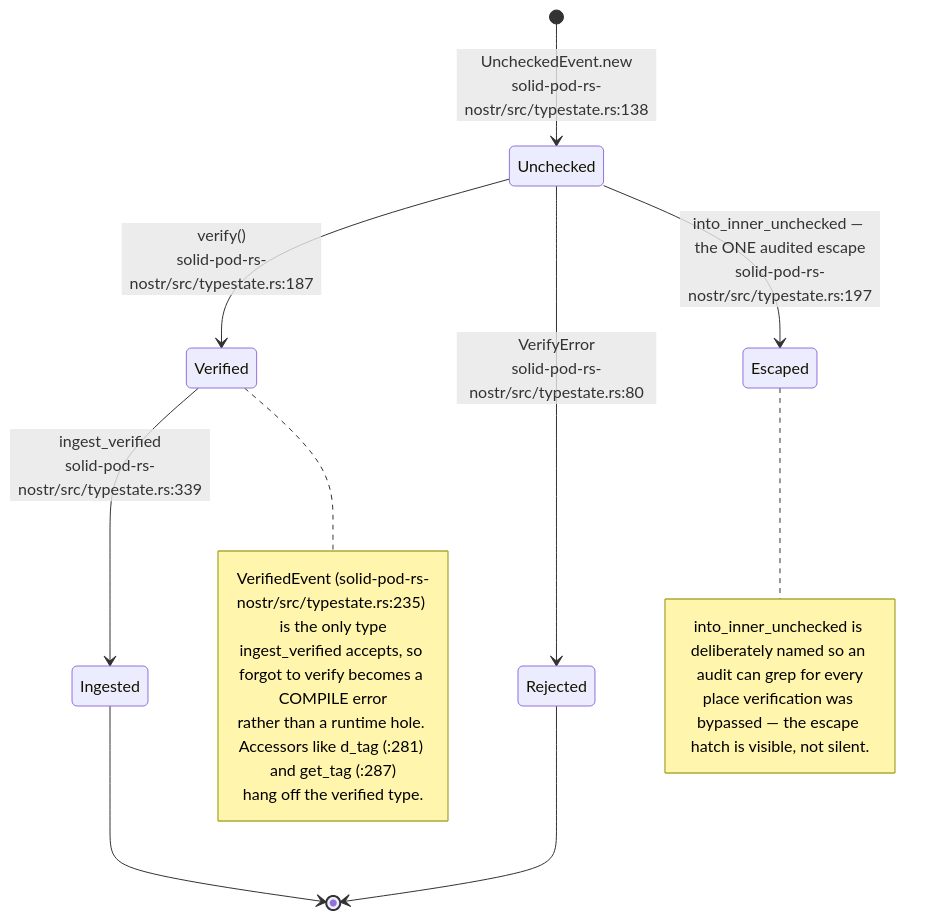
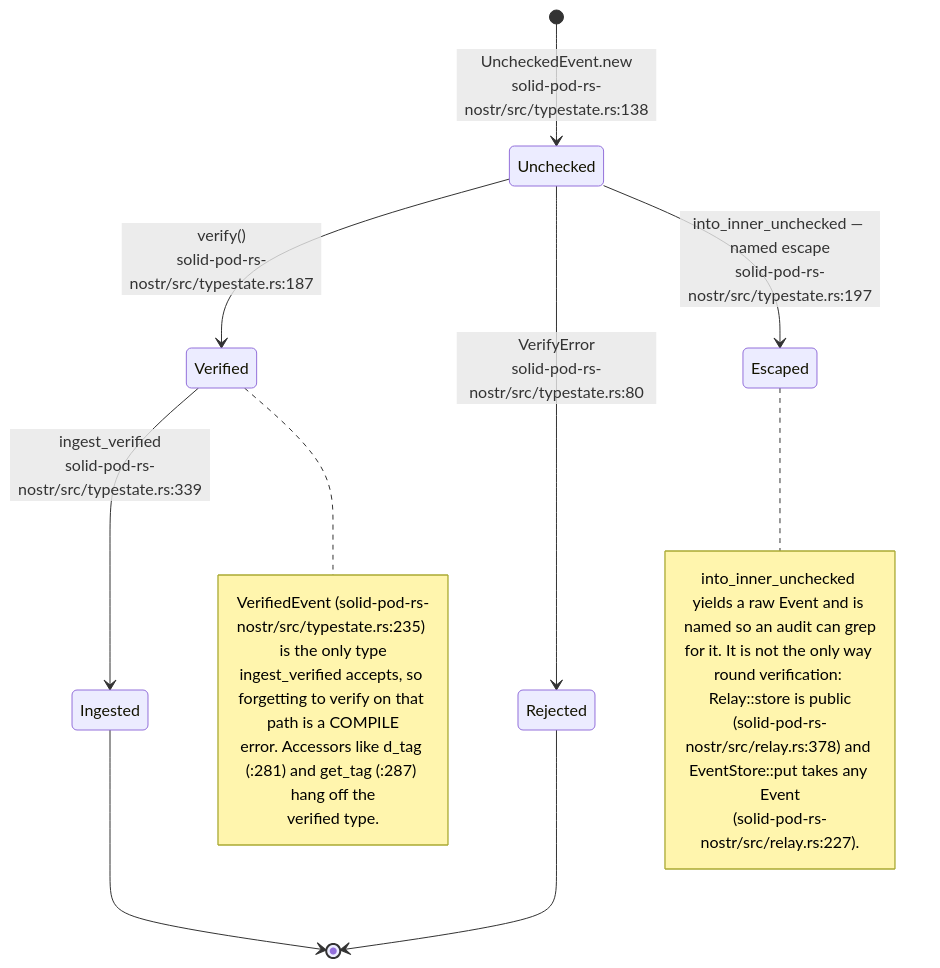
The eighth of 17 diagrams in docs/diagrams/solid-pod-rs/08-federation-notifications-forge-mcp.md (DreamLab-AI/VisionFlow), drawn with Mermaid before and after one commit. The commit also changed other lines of this file and 47 other files, not shown here.

First line of the commit message:
docs(audit): wave 1 completes Solid, loom and dream-machine; rebinds stale claims

````diff
--- a/docs/diagrams/solid-pod-rs/08-federation-notifications-forge-mcp.md
+++ b/docs/diagrams/solid-pod-rs/08-federation-notifications-forge-mcp.md
@@ -263,21 +312,23 @@
 ```mermaid
 stateDiagram-v2
     [*] --> Unchecked: UncheckedEvent.new<br/>solid-pod-rs-nostr/src/typestate.rs:138
     Unchecked --> Verified: verify()<br/>solid-pod-rs-nostr/src/typestate.rs:187
     Unchecked --> Rejected: VerifyError<br/>solid-pod-rs-nostr/src/typestate.rs:80
-    Unchecked --> Escaped: into_inner_unchecked — the ONE audited escape<br/>solid-pod-rs-nostr/src/typestate.rs:197
+    Unchecked --> Escaped: into_inner_unchecked — named escape<br/>solid-pod-rs-nostr/src/typestate.rs:197
     Verified --> Ingested: ingest_verified<br/>solid-pod-rs-nostr/src/typestate.rs:339
     Rejected --> [*]
     Ingested --> [*]
 
     note right of Verified
       VerifiedEvent (solid-pod-rs-nostr/src/typestate.rs:235) is the only type
-      ingest_verified accepts, so forgot to verify becomes a COMPILE error
-      rather than a runtime hole. Accessors like d_tag (:281) and get_tag (:287)
-      hang off the verified type.
+      ingest_verified accepts, so forgetting to verify on that path is a COMPILE
+      error. Accessors like d_tag (:281) and get_tag (:287) hang off the
+      verified type.
     end note
     note right of Escaped
-      into_inner_unchecked is deliberately named so an audit can grep for every
-      place verification was bypassed — the escape hatch is visible, not silent.
+      into_inner_unchecked yields a raw Event and is named so an audit can grep
+      for it. It is not the only way round verification: Relay::store is public
+      (solid-pod-rs-nostr/src/relay.rs:378) and EventStore::put takes any Event
+      (solid-pod-rs-nostr/src/relay.rs:227).
     end note
 ```
````
